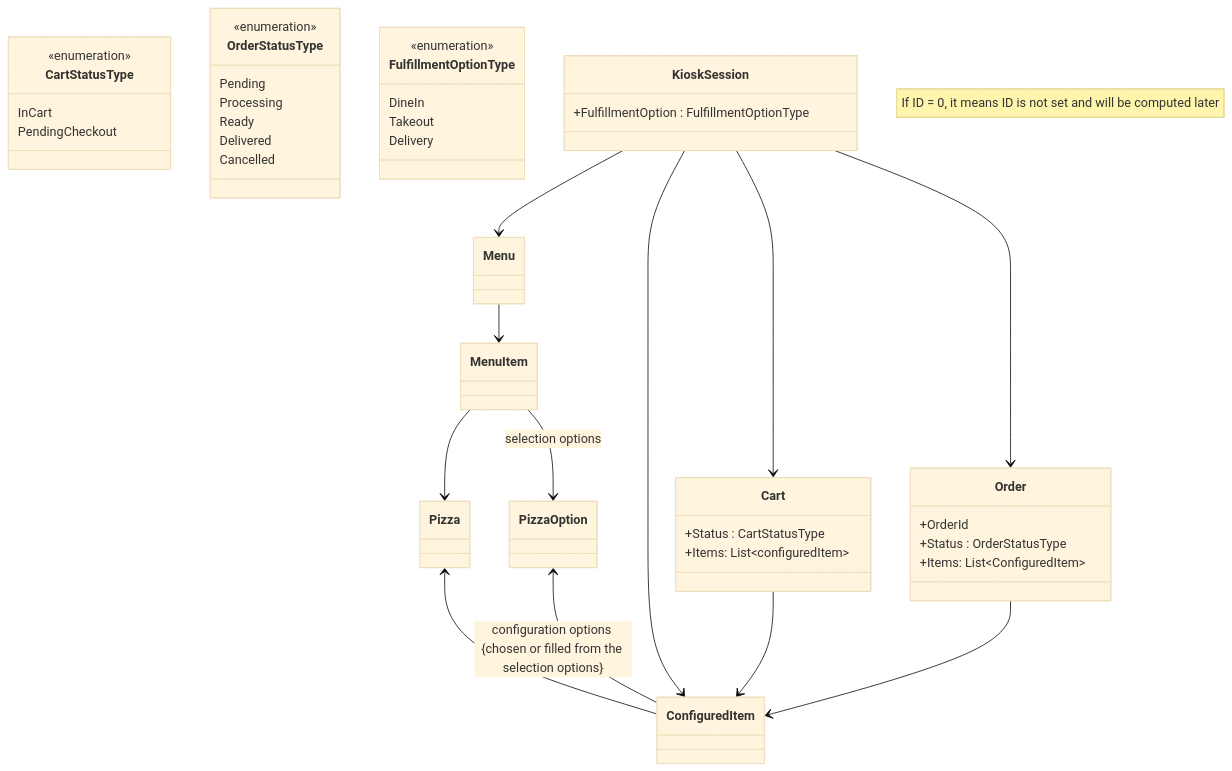
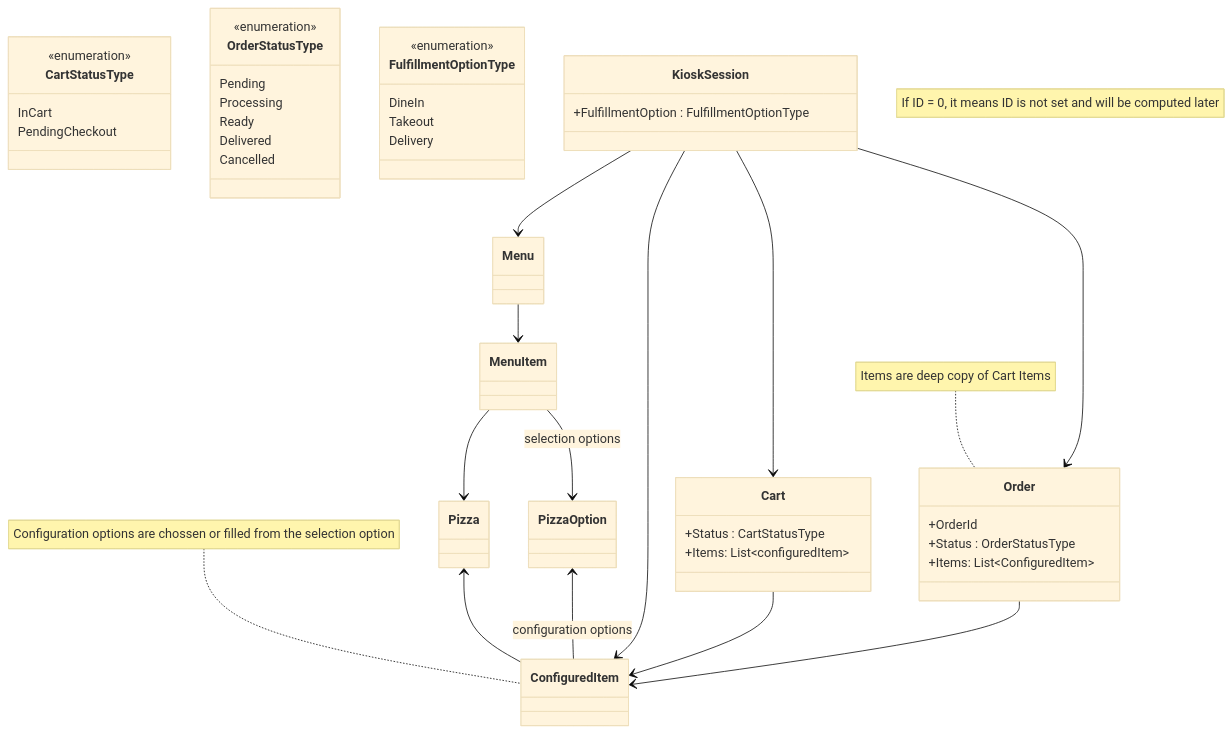
One commit to ekral/Utb.PizzaKiosk changed the diagram in README.md. Above: the diagram before and after it, drawn with Mermaid (base theme).

````diff
--- a/README.md
+++ b/README.md
@@ -160,59 +160,63 @@
 ```mermaid
  classDiagram
    note "If ID = 0, it means ID is not set and will be computed later"
    %% direction LR
    class PizzaOption
    class Pizza
    class MenuItem
    class Menu
+
+   note for ConfiguredItem "Configuration options are chossen or filled from the selection option"
    class ConfiguredItem
 
    class CartStatusType{
       <<enumeration>>
       InCart
       PendingCheckout
    }
 
    class Cart{
       +Status : CartStatusType
       +Items: List~configuredItem~
    }
 
    class OrderStatusType{
       <<enumeration>>
       Pending
       Processing
       Ready
       Delivered
       Cancelled
    }
 
+   note for Order "Items are deep copy of Cart Items"
+
    class Order{
       +OrderId
       +Status : OrderStatusType
       +Items: List~ConfiguredItem~
    }
 
    class FulfillmentOptionType{
       <<enumeration>>
       DineIn
       Takeout
       Delivery
    }
 
    class KioskSession{
       +FulfillmentOption : FulfillmentOptionType
    }
 
    MenuItem --> Pizza
    Pizza <-- ConfiguredItem
    MenuItem --> PizzaOption : selection options
-   PizzaOption <-- ConfiguredItem : configuration options {chosen or filled from the selection options}
+   PizzaOption <-- ConfiguredItem : configuration options
    Menu --> MenuItem
    KioskSession --> Menu
    KioskSession  --> ConfiguredItem
    KioskSession  --> Cart
    KioskSession  --> Order
    Cart --> ConfiguredItem
    Order --> ConfiguredItem
 ```
````
